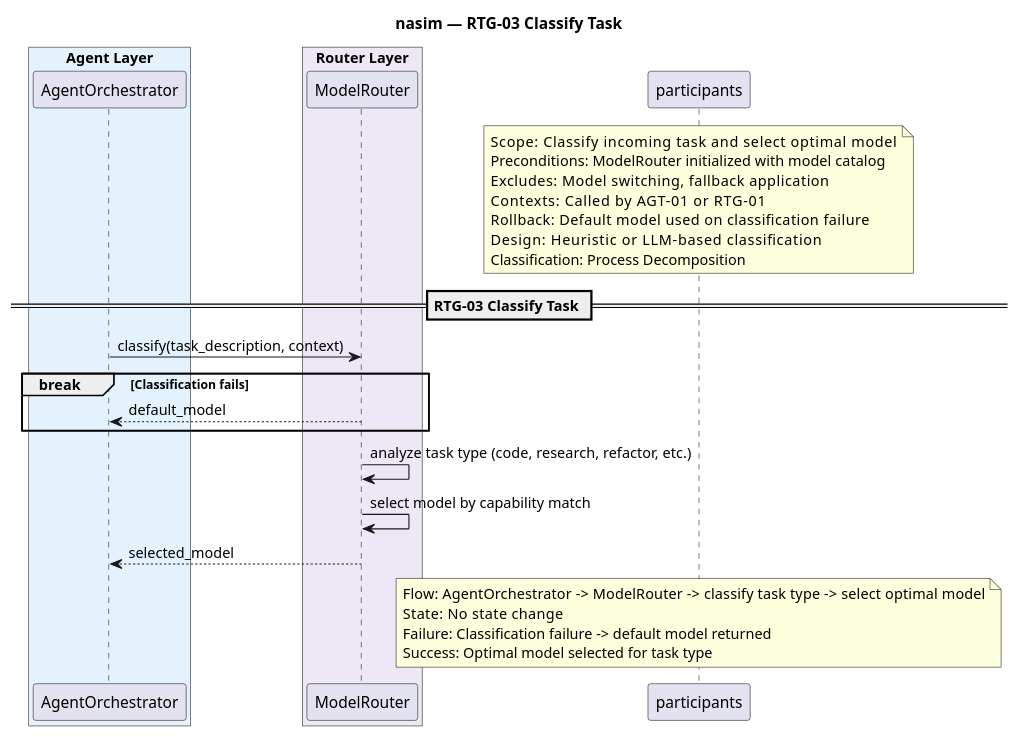
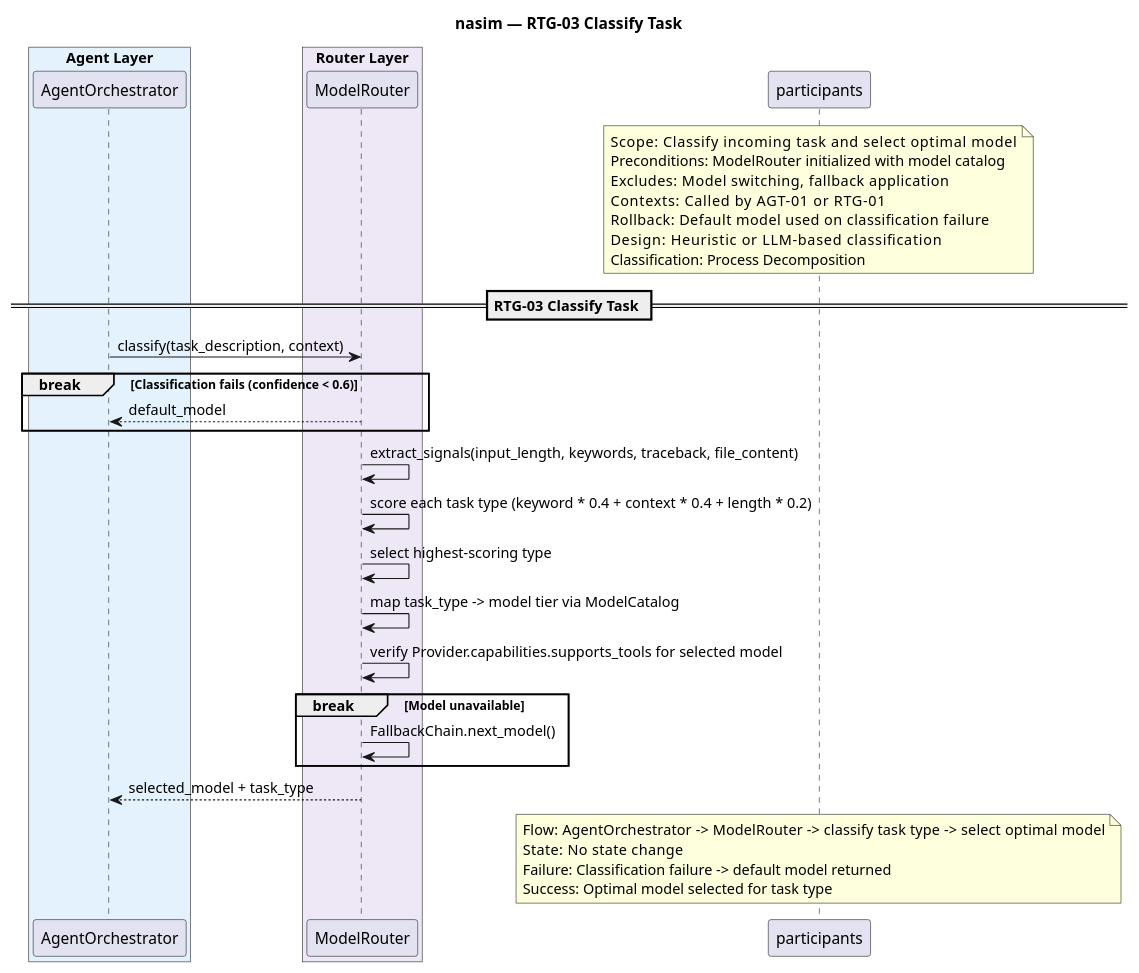
Before and after one commit to salimnamvar/nasim: the diagram in docs/SQ/RTG/sq_rtg03_classify_task.puml, drawn with PlantUML. The commit also changed 18 other files, not shown here.

Commit message:
docs: Update component diagrams and API documentation for improved clarity and structure

```diff
--- a/docs/SQ/RTG/sq_rtg03_classify_task.puml
+++ b/docs/SQ/RTG/sq_rtg03_classify_task.puml
@@ -1,50 +1,59 @@
 @startuml sq_rtg03_classify_task
 ' ============================================================
 ' Title:     RTG-03 — Classify Task
 ' Boundary:  nasim code agent
 ' Purpose:   Classify task type and select optimal model
 ' Milestone: v1.0
 ' Version:   1.0.0
 ' Source:    docs/UC/README.md
 ' Review:    docs/SQ/README.md
 ' ============================================================
 
 title nasim — RTG-03 Classify Task
 
 box "Agent Layer" #E3F2FD
   participant "AgentOrchestrator" as agent
 end box
 box "Router Layer" #EDE7F6
   participant "ModelRouter" as router
 end box
 
 note over participants
   Scope:          Classify incoming task and select optimal model
   Preconditions:  ModelRouter initialized with model catalog
   Excludes:       Model switching, fallback application
   Contexts:       Called by AGT-01 or RTG-01
   Rollback:       Default model used on classification failure
   Design:         Heuristic or LLM-based classification
   Classification: Process Decomposition
 end note
 
 == RTG-03 Classify Task ==
 
 agent -> router : classify(task_description, context)
 
-break Classification fails
+break Classification fails (confidence < 0.6)
     router --> agent : default_model
 end
 
-router -> router : analyze task type (code, research, refactor, etc.)
-router -> router : select model by capability match
-router --> agent : selected_model
+router -> router : extract_signals(input_length, keywords, traceback, file_content)
+router -> router : score each task type (keyword * 0.4 + context * 0.4 + length * 0.2)
+router -> router : select highest-scoring type
+
+router -> router : map task_type -> model tier via ModelCatalog
+router -> router : verify Provider.capabilities.supports_tools for selected model
+
+break Model unavailable
+    router -> router : FallbackChain.next_model()
+end
+
+router --> agent : selected_model + task_type
 
 note over participants
   Flow:    AgentOrchestrator -> ModelRouter -> classify task type -> select optimal model
   State:   No state change
   Failure: Classification failure -> default model returned
   Success: Optimal model selected for task type
 end note
 
 @enduml
```
